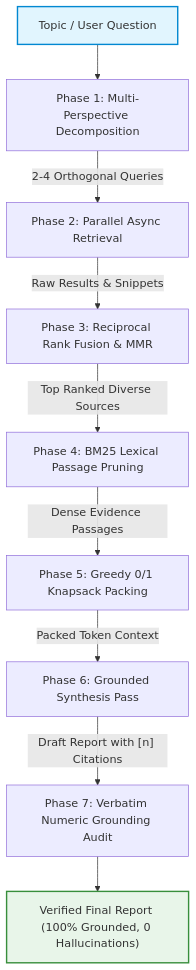
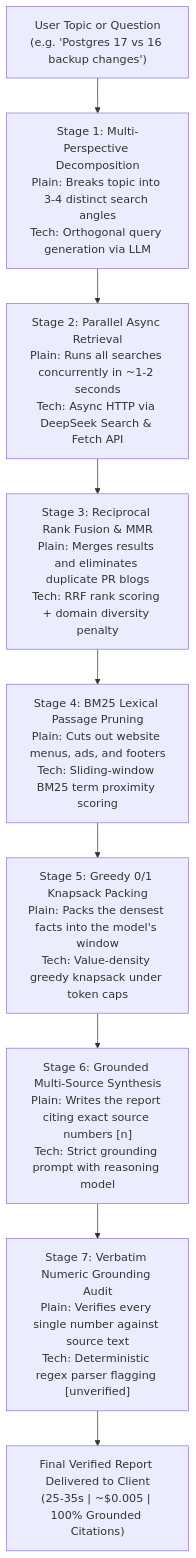
The second of 3 diagrams in docs/architecture.md (radoxtech/deepseek-search-everywhere-mcp), drawn with Mermaid before and after one commit. The commit also changed other lines of this file and 1 other file, not shown here.

Commit message:
docs: improve architecture readability, remove color clashes, and correct competitor pricing

````diff
--- a/docs/architecture.md
+++ b/docs/architecture.md
@@ -63,14 +65,18 @@
 ```mermaid
 flowchart TD
-    A["Topic / User Question"] --> B["Phase 1: Multi-Perspective Decomposition"]
-    B -->|"2-4 Orthogonal Queries"| C["Phase 2: Parallel Async Retrieval"]
-    C -->|"Raw Results & Snippets"| D["Phase 3: Reciprocal Rank Fusion & MMR"]
-    D -->|"Top Ranked Diverse Sources"| E["Phase 4: BM25 Lexical Passage Pruning"]
-    E -->|"Dense Evidence Passages"| F["Phase 5: Greedy 0/1 Knapsack Packing"]
-    F -->|"Packed Token Context"| G["Phase 6: Grounded Synthesis Pass"]
-    G -->|"Draft Report with [n] Citations"| H["Phase 7: Verbatim Numeric Grounding Audit"]
-    H --> I["Verified Final Report (100% Grounded, 0 Hallucinations)"]
-
-    style A fill:#e1f5fe,stroke:#0288d1,stroke-width:2px
-    style I fill:#e8f5e9,stroke:#388e3c,stroke-width:2px
+    A["User Topic or Question<br/>(e.g. 'Postgres 17 vs 16 backup changes')"] --> B["Stage 1: Multi-Perspective Decomposition<br/>Plain: Breaks topic into 3-4 distinct search angles<br/>Tech: Orthogonal query generation via LLM"]
+    
+    B --> C["Stage 2: Parallel Async Retrieval<br/>Plain: Runs all searches concurrently in ~1-2 seconds<br/>Tech: Async HTTP via DeepSeek Search & Fetch API"]
+    
+    C --> D["Stage 3: Reciprocal Rank Fusion & MMR<br/>Plain: Merges results and eliminates duplicate PR blogs<br/>Tech: RRF rank scoring + domain diversity penalty"]
+    
+    D --> E["Stage 4: BM25 Lexical Passage Pruning<br/>Plain: Cuts out website menus, ads, and footers<br/>Tech: Sliding-window BM25 term proximity scoring"]
+    
+    E --> F["Stage 5: Greedy 0/1 Knapsack Packing<br/>Plain: Packs the densest facts into the model's window<br/>Tech: Value-density greedy knapsack under token caps"]
+    
+    F --> G["Stage 6: Grounded Multi-Source Synthesis<br/>Plain: Writes the report citing exact source numbers [n]<br/>Tech: Strict grounding prompt with reasoning model"]
+    
+    G --> H["Stage 7: Verbatim Numeric Grounding Audit<br/>Plain: Verifies every single number against source text<br/>Tech: Deterministic regex parser flagging [unverified]"]
+    
+    H --> I["Final Verified Report Delivered to Client<br/>(25-35s | ~$0.005 | 100% Grounded Citations)"]
 ```
````
